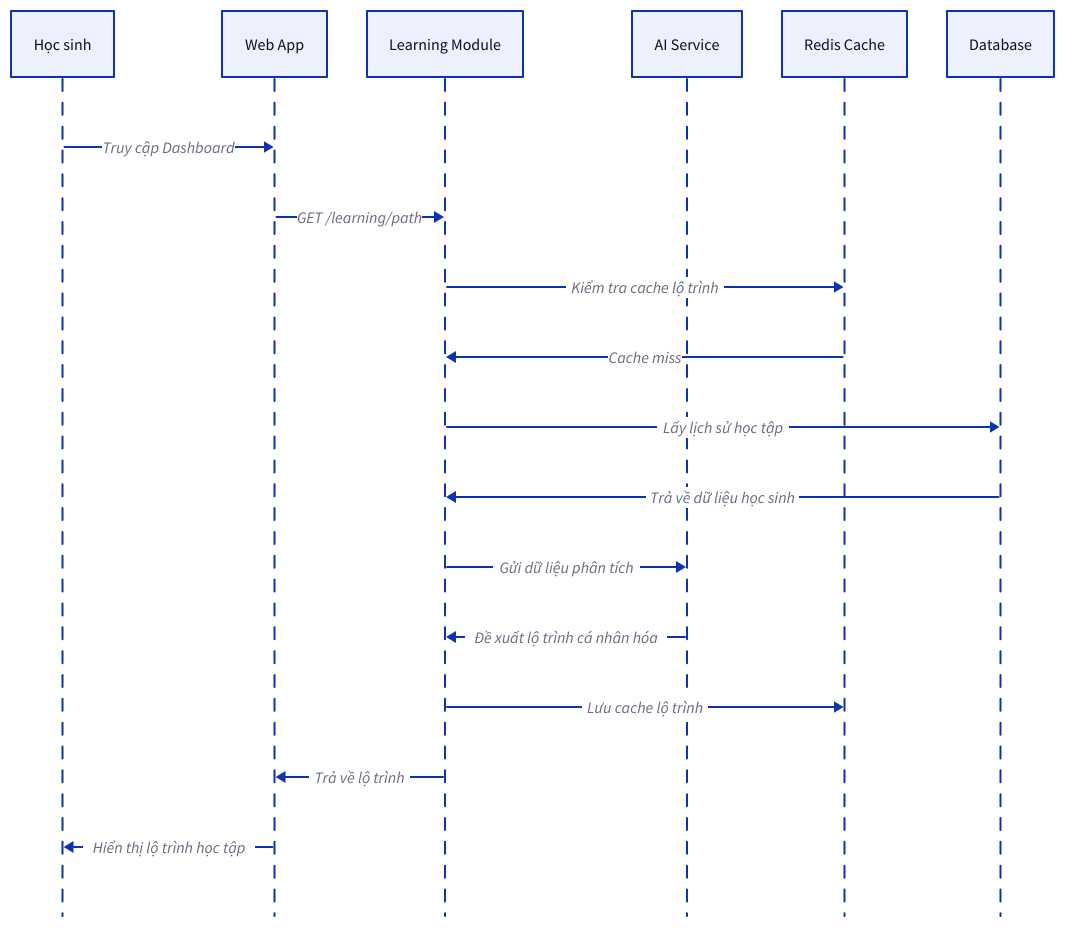
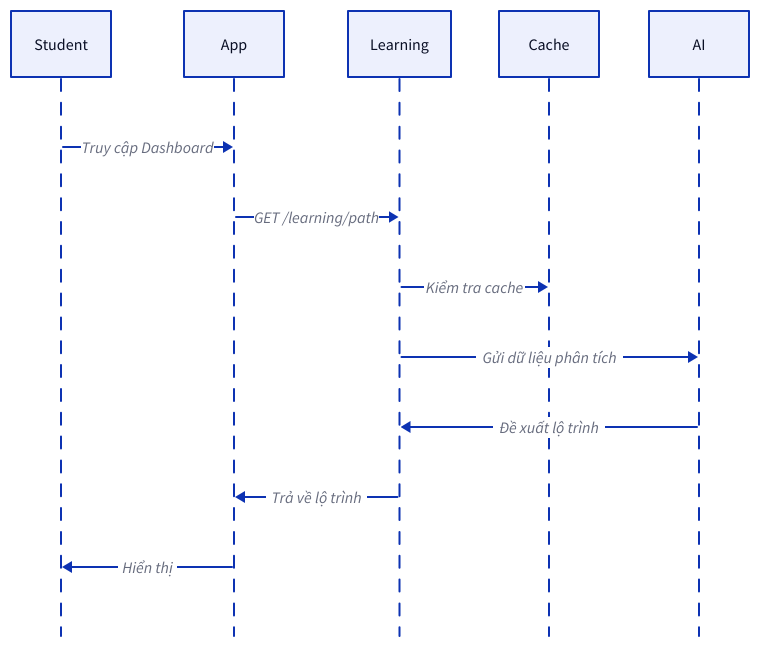
Before and after one commit to philongdanh/lms: the second of 3 diagrams in blueprint/architecture/system-design.md, drawn with D2. The commit also changed other lines of this file and 23 other files, not shown here.

````diff
--- a/blueprint/architecture/system-design.md
+++ b/blueprint/architecture/system-design.md
@@ -78,24 +87,12 @@
 ```d2
 shape: sequence_diagram
-
 direction: right
 
-HọcSinh: Học sinh
-App: Web App
-Learning: Learning Module
-AI: AI Service
-Cache: Redis Cache
-DB: Database
-
-HọcSinh -> App: Truy cập Dashboard
+Student -> App: Truy cập Dashboard
 App -> Learning: GET /learning/path
-Learning -> Cache: Kiểm tra cache lộ trình
-Cache -> Learning: Cache miss
-Learning -> DB: Lấy lịch sử học tập
-DB -> Learning: Trả về dữ liệu học sinh
+Learning -> Cache: Kiểm tra cache
 Learning -> AI: Gửi dữ liệu phân tích
-AI -> Learning: Đề xuất lộ trình cá nhân hóa
-Learning -> Cache: Lưu cache lộ trình
+AI -> Learning: Đề xuất lộ trình
 Learning -> App: Trả về lộ trình
-App -> HọcSinh: Hiển thị lộ trình học tập
+App -> Student: Hiển thị
 ```
````
